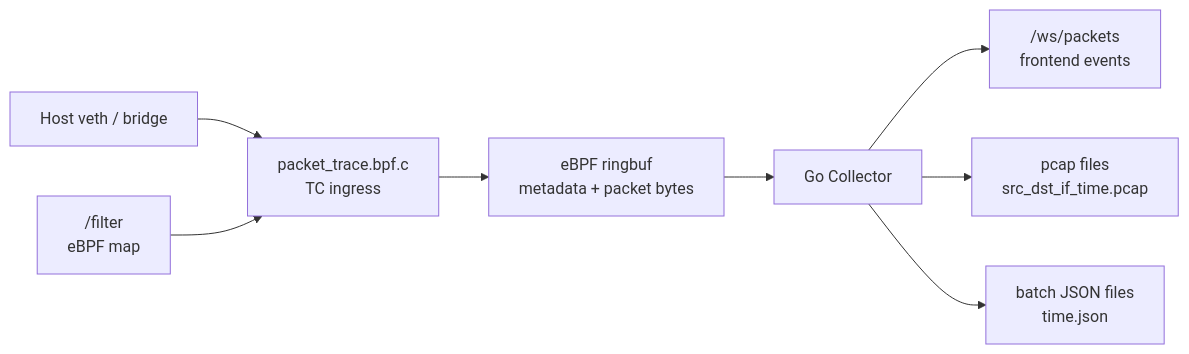
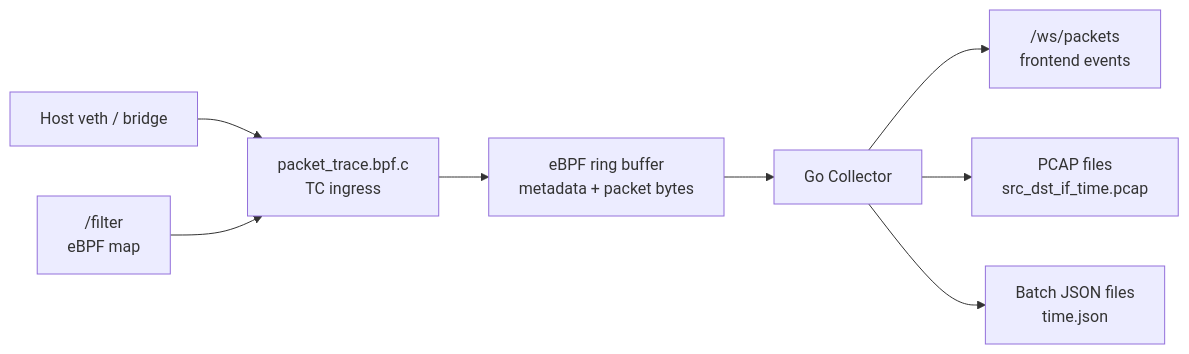
Before and after one commit to seed-labs/seed-visualization: the first of 2 diagrams in docs/traffic-observer-service.md, drawn with Mermaid. The commit also changed other lines of this file and 4 other files, not shown here.

````diff
--- a/docs/traffic-observer-service.md
+++ b/docs/traffic-observer-service.md
@@ -18,20 +18,20 @@
 ```mermaid
 %%{init: {"flowchart": {"useMaxWidth": true, "htmlLabels": true}} }%%
 flowchart LR
   HostIf["Host veth / bridge"]
   BPF["packet_trace.bpf.c<br/>TC ingress"]
-  Ringbuf["eBPF ringbuf<br/>metadata + packet bytes"]
+  Ringbuf["eBPF ring buffer<br/>metadata + packet bytes"]
   Collector["Go Collector"]
   Filter["/filter<br/>eBPF map"]
   WS["/ws/packets<br/>frontend events"]
-  Pcap["pcap files<br/>src_dst_if_time.pcap"]
-  Json["batch JSON files<br/>time.json"]
+  Pcap["PCAP files<br/>src_dst_if_time.pcap"]
+  Json["Batch JSON files<br/>time.json"]
 
   HostIf --> BPF
   Filter --> BPF
   BPF --> Ringbuf
   Ringbuf --> Collector
   Collector --> WS
   Collector --> Pcap
   Collector --> Json
 ```
````
